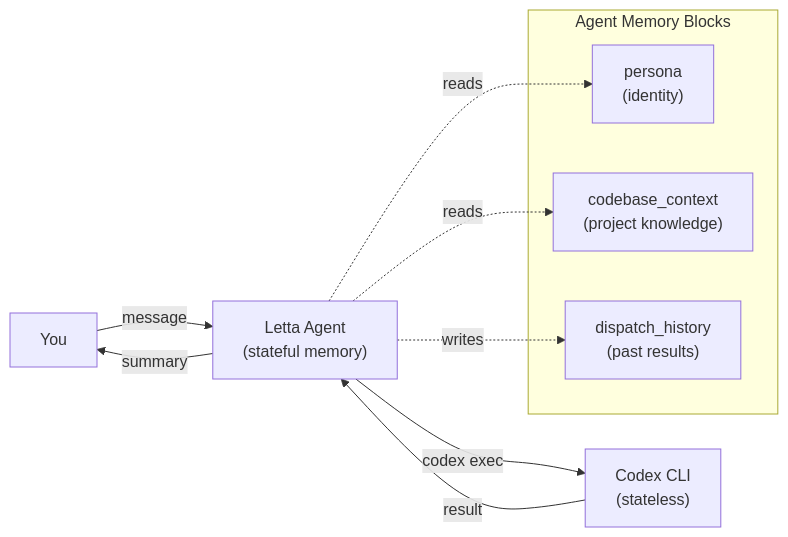
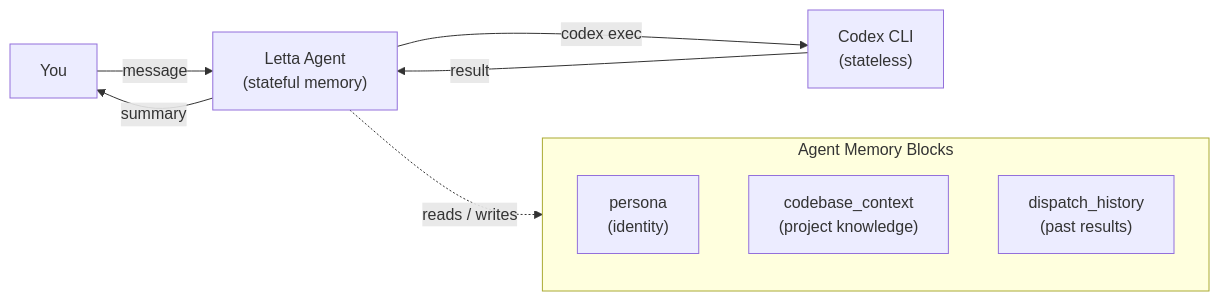
Before and after one commit to greedychipmunk/algodojo-xyz: the first of 3 diagrams in src/content/tutorials/letta-orchestrate-codex.mdx, drawn with Mermaid. The commit also changed other lines of this file, not shown here.

Commit message:
fix: optimize all Mermaid diagrams using skill guidance
Diagram 1 (Architecture): Replace 3 dotted edges from Agent to individual
memory blocks with a single edge to the Memory subgraph. Eliminates
overlapping "reads"/"writes" labels that were hiding each other.

Diagram 2 (Session resumption): Add autonumber for step sequencing.
Replace em dash with regular dash to avoid encoding issues.

Diagram 3 (Decision framework): Already clean - no changes needed.

👾 Generated with [Letta Code](https://letta.com)

````diff
--- a/src/content/tutorials/letta-orchestrate-codex.mdx
+++ b/src/content/tutorials/letta-orchestrate-codex.mdx
@@ -27,17 +27,15 @@
 ```mermaid
 flowchart LR
     User["You"] -->|message| Agent["Letta Agent<br/>(stateful memory)"]
     Agent -->|"codex exec"| Codex["Codex CLI<br/>(stateless)"]
     Codex -->|result| Agent
     Agent -->|summary| User
 
     subgraph Memory ["Agent Memory Blocks"]
         Persona["persona<br/>(identity)"]
         Codebase["codebase_context<br/>(project knowledge)"]
         History["dispatch_history<br/>(past results)"]
     end
 
-    Agent -.->|reads| Persona
-    Agent -.->|reads| Codebase
-    Agent -.->|writes| History
+    Agent -.->|"reads / writes"| Memory
 ```
````
